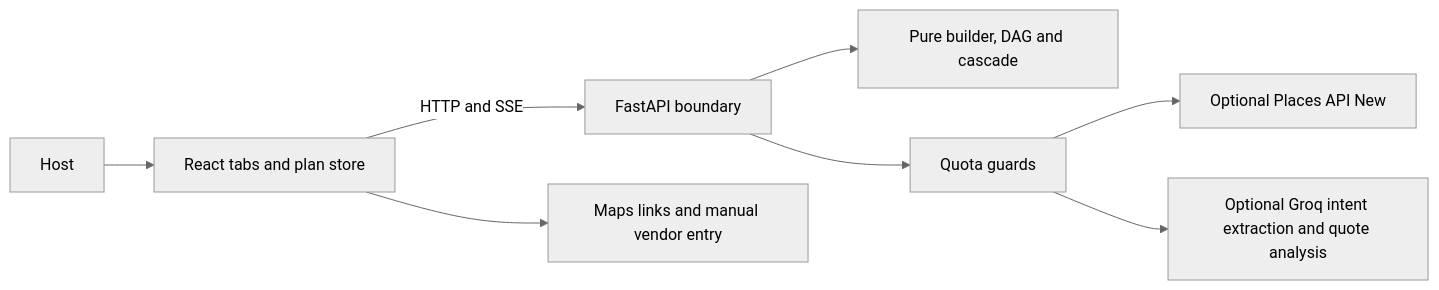
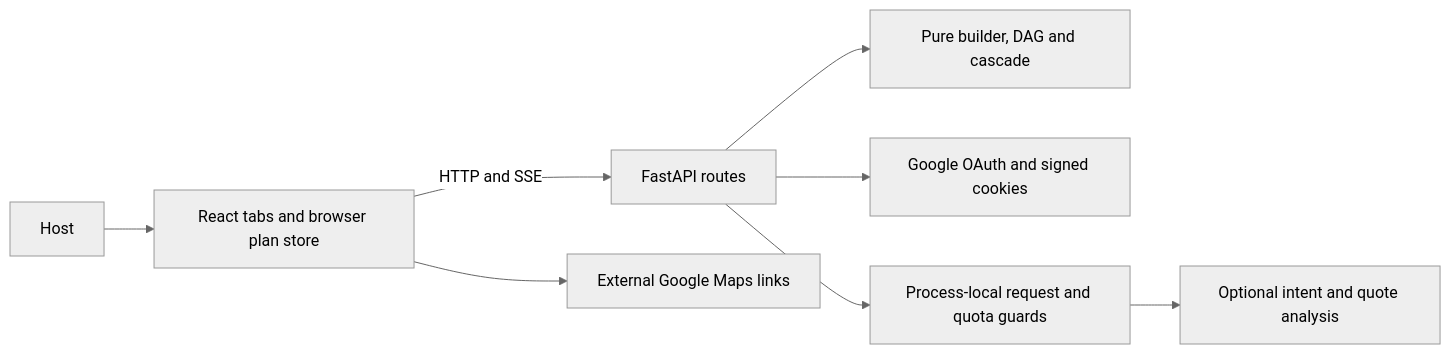
One commit to avz-sharma/EvePlan changed the diagram in README.md. Above: the diagram before and after it, drawn with Mermaid (neutral theme). The commit also changed other lines of this file and 5 other files, not shown here.

````diff
--- a/README.md
+++ b/README.md
@@ -7,10 +7,10 @@
 ```mermaid
 flowchart LR
-  Host --> UI[React tabs and plan store]
-  UI -->|HTTP and SSE| API[FastAPI boundary]
+  Host --> UI[React tabs and browser plan store]
+  UI -->|HTTP and SSE| API[FastAPI routes]
   API --> Engine[Pure builder, DAG and cascade]
-  API --> Guards[Quota guards]
-  Guards --> Places[Optional Places API New]
-  Guards --> Groq[Optional Groq intent extraction and quote analysis]
-  UI --> Manual[Maps links and manual vendor entry]
+  API --> Auth[Google OAuth and signed cookies]
+  API --> Guard[Process-local request and quota guards]
+  Guard --> Groq[Optional intent and quote analysis]
+  UI --> Maps[External Google Maps links]
 ```
````
